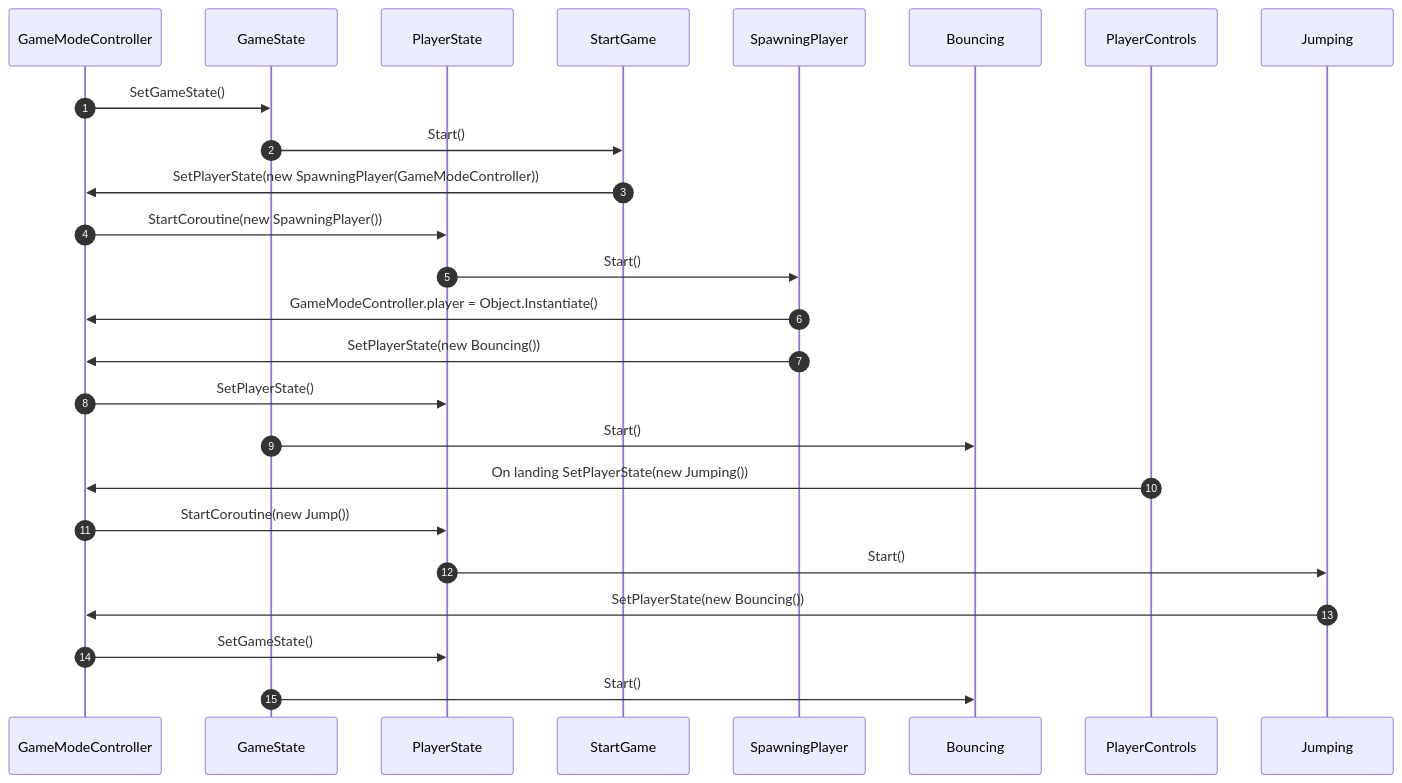
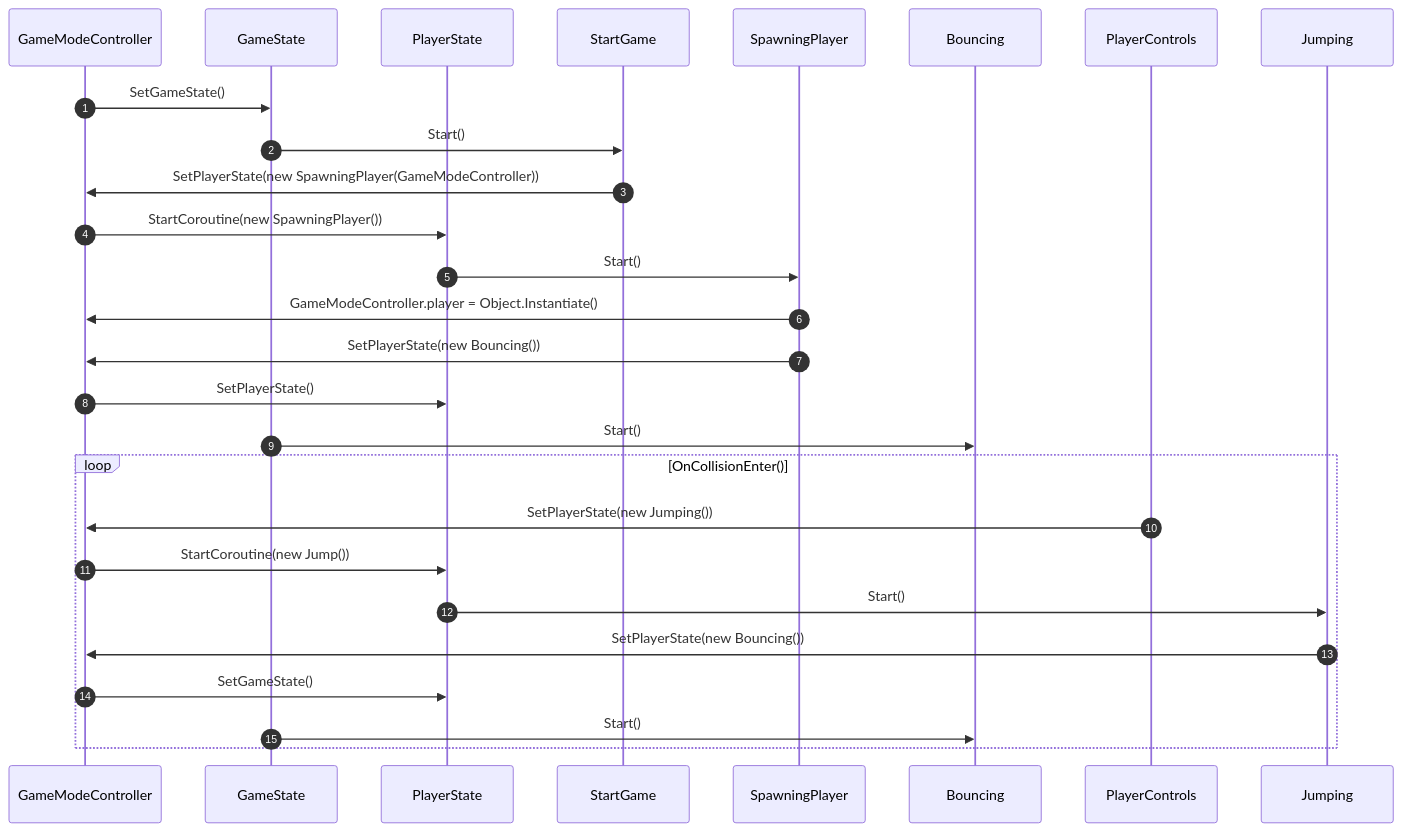
The second of 2 diagrams in PROJECTPLANS.md (NicknameAlwaystaken/Bounce-Climber), drawn with Mermaid before and after one commit.

Commit message:
added loop to diagram

````diff
--- a/PROJECTPLANS.md
+++ b/PROJECTPLANS.md
@@ -60,22 +60,24 @@
 ```mermaid
 sequenceDiagram
     autonumber
     participant GameModeController
     participant GameState
     participant PlayerState
     GameModeController->>GameState: SetGameState();
     GameState->>StartGame: Start()
     StartGame->>GameModeController: SetPlayerState(new SpawningPlayer(GameModeController))
     GameModeController->>PlayerState: StartCoroutine(new SpawningPlayer())
     PlayerState->>SpawningPlayer: Start()
     SpawningPlayer->>GameModeController: GameModeController.player = Object.Instantiate()
     SpawningPlayer->>GameModeController: SetPlayerState(new Bouncing())
     GameModeController->>PlayerState: SetPlayerState();
     GameState->>Bouncing: Start()
-    PlayerControls->>GameModeController: On landing SetPlayerState(new Jumping())
-    GameModeController->>PlayerState: StartCoroutine(new Jump())
-    PlayerState->>Jumping: Start()
-    Jumping->>GameModeController: SetPlayerState(new Bouncing())
-    GameModeController->>PlayerState: SetGameState();
-    GameState->>Bouncing: Start()
+    loop OnCollisionEnter()
+        PlayerControls->>GameModeController: SetPlayerState(new Jumping())
+        GameModeController->>PlayerState: StartCoroutine(new Jump())
+        PlayerState->>Jumping: Start()
+        Jumping->>GameModeController: SetPlayerState(new Bouncing())
+        GameModeController->>PlayerState: SetGameState();
+        GameState->>Bouncing: Start()
+    end
 ```
````
